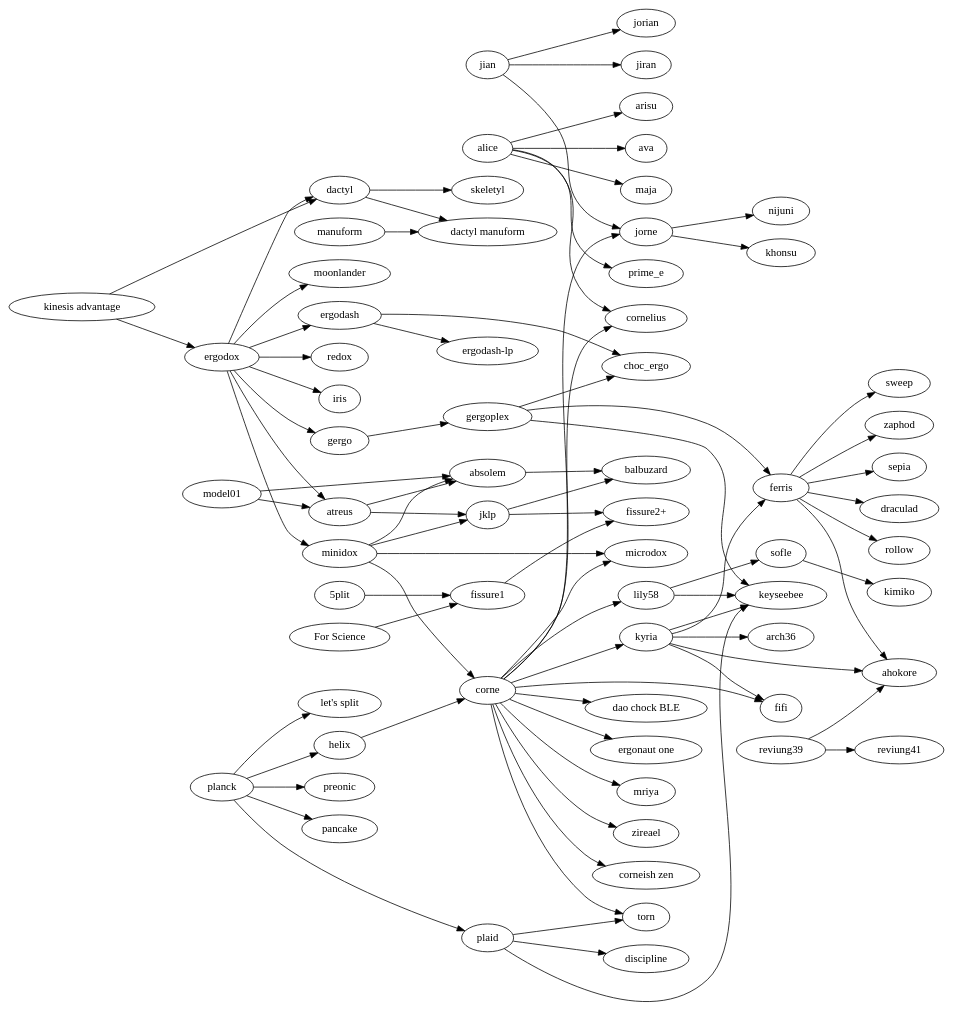
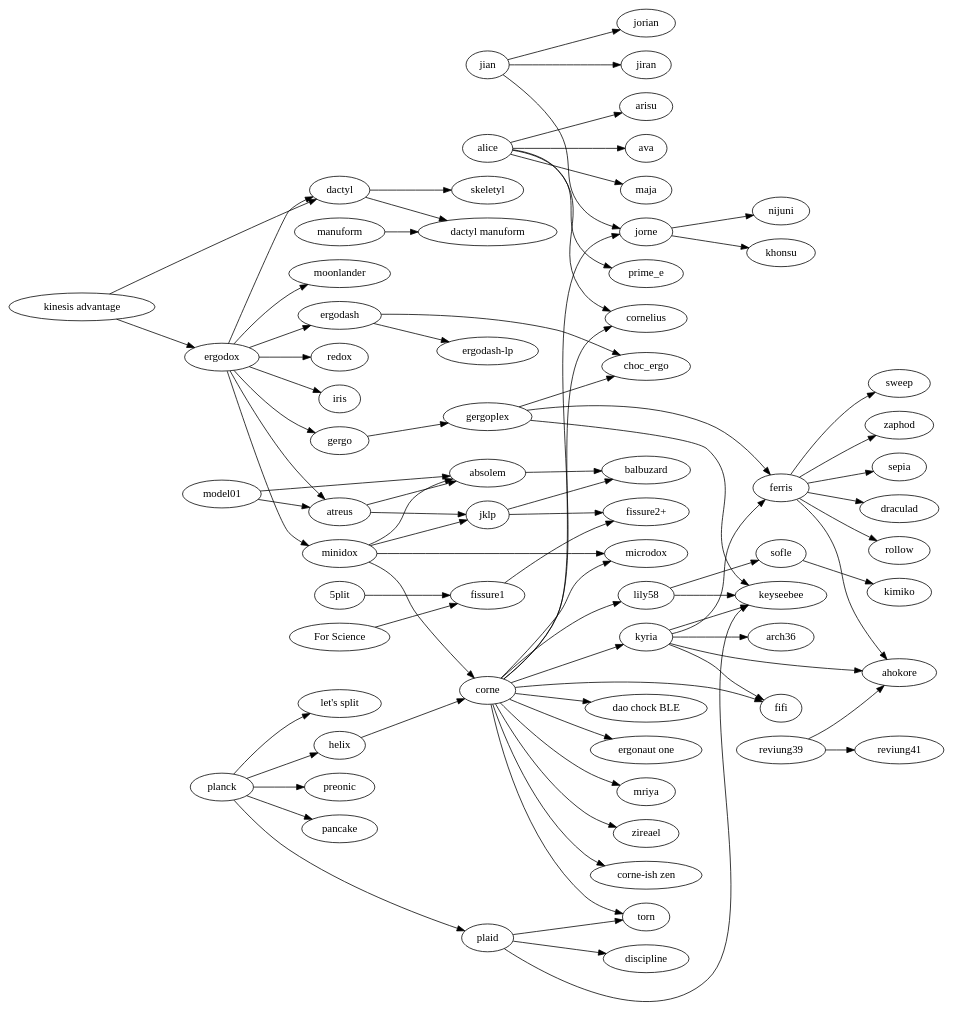
One commit to joric/graph changed the diagram in tree.gv. Above: the diagram before and after it, drawn with Graphviz.

```diff
--- a/tree.gv
+++ b/tree.gv
@@ -1,149 +1,149 @@
 digraph {
   rankdir=LR;
 
   subgraph splits {
     helix -> corne;
 
     jian -> {
       jorian;
       jorne;
       jiran;
     }
 
     jorne -> {
       nijuni;
       khonsu;
     }
 
     corne -> {
-      "corneish zen";
+      "corne-ish zen";
       cornelius;
       fifi;
       kyria;
       lily58;
       microdox;
       torn;
       jorne;
       "dao chock BLE";
       "ergonaut one";
       mriya;
       zireael;
     };
 
     lily58 -> {
       keyseebee;
       sofle;
     };
 
     kyria -> {
         ahokore;
         arch36;
         ferris;
         fifi;
         keyseebee;
     };
 
     "kinesis advantage" -> {
       ergodox;
       dactyl;
     };
 
     ergodox -> {
       atreus;
       dactyl;
       ergodash;
       gergo;
       iris;
       minidox;
       moonlander;
       redox;
     };
 
     ergodash -> {
       "ergodash-lp";
       choc_ergo;
     };
 
     gergo -> gergoplex;
     gergoplex -> {
       choc_ergo;
       ferris;
       keyseebee;
     };
 
     ferris -> {
       ahokore;
       sepia;
       draculad;
       rollow;
       sweep;
       zaphod;
     };
 
     manuform -> "dactyl manuform";
 
     minidox -> {
       absolem;
       corne;
       microdox;
       jklp;
     };
 
     model01 -> {
       absolem;
       atreus;
     };
 
     sofle -> kimiko;
 
     "5plit" -> "fissure1";
     "For Science" -> "fissure1";
     fissure1 -> "fissure2+";
     jklp -> "fissure2+";
   }
 
   subgraph unibody {
     atreus -> {
       absolem;
       jklp;
     };
     jklp -> balbuzard;
     absolem -> balbuzard;
     reviung39 -> {
       ahokore;
       reviung41;
     };
   };
 
   subgraph ortholinear {
     plaid -> {
       discipline;
       keyseebee;
       torn;
     };
     planck -> {
       helix;
       "let's split";
       plaid;
       preonic;
       pancake;
     };
   }
 
   subgraph {
     dactyl -> {
       "dactyl manuform";
       skeletyl;
     }
   }
 
   subgraph alicefamily {
     alice -> {
       arisu;
       ava;
       cornelius;
       maja;
       prime_e;
     }
   }
 }
```
